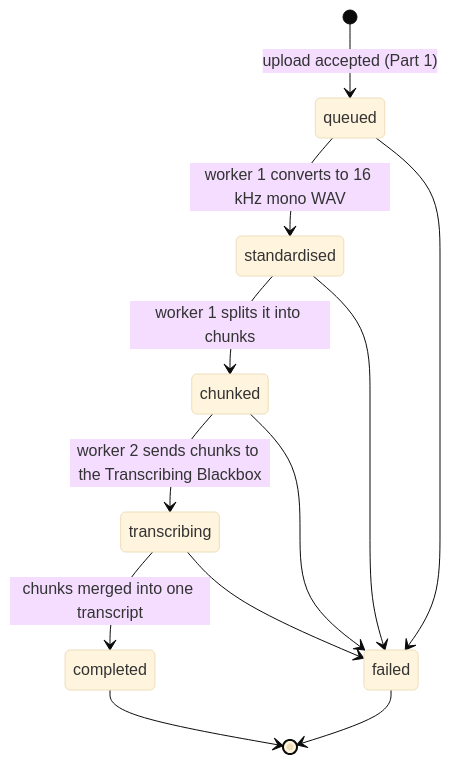
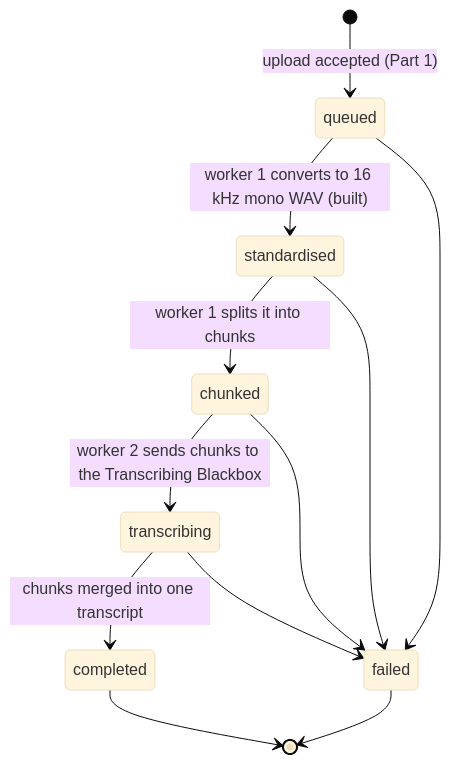
Before and after one commit to yahyalfc/audio-transcriptor: the fourth of 7 diagrams in README.md, drawn with Mermaid (base theme). The commit also changed other lines of this file and 10 other files, not shown here.

````diff
--- a/README.md
+++ b/README.md
@@ -114,14 +152,14 @@
 ```mermaid
 stateDiagram-v2
     [*] --> queued: upload accepted (Part 1)
-    queued --> standardised: worker 1 converts to 16 kHz mono WAV
+    queued --> standardised: worker 1 converts to 16 kHz mono WAV (built)
     standardised --> chunked: worker 1 splits it into chunks
     chunked --> transcribing: worker 2 sends chunks to the Transcribing Blackbox
     transcribing --> completed: chunks merged into one transcript
     queued --> failed
     standardised --> failed
     chunked --> failed
     transcribing --> failed
     completed --> [*]
     failed --> [*]
 ```
````
